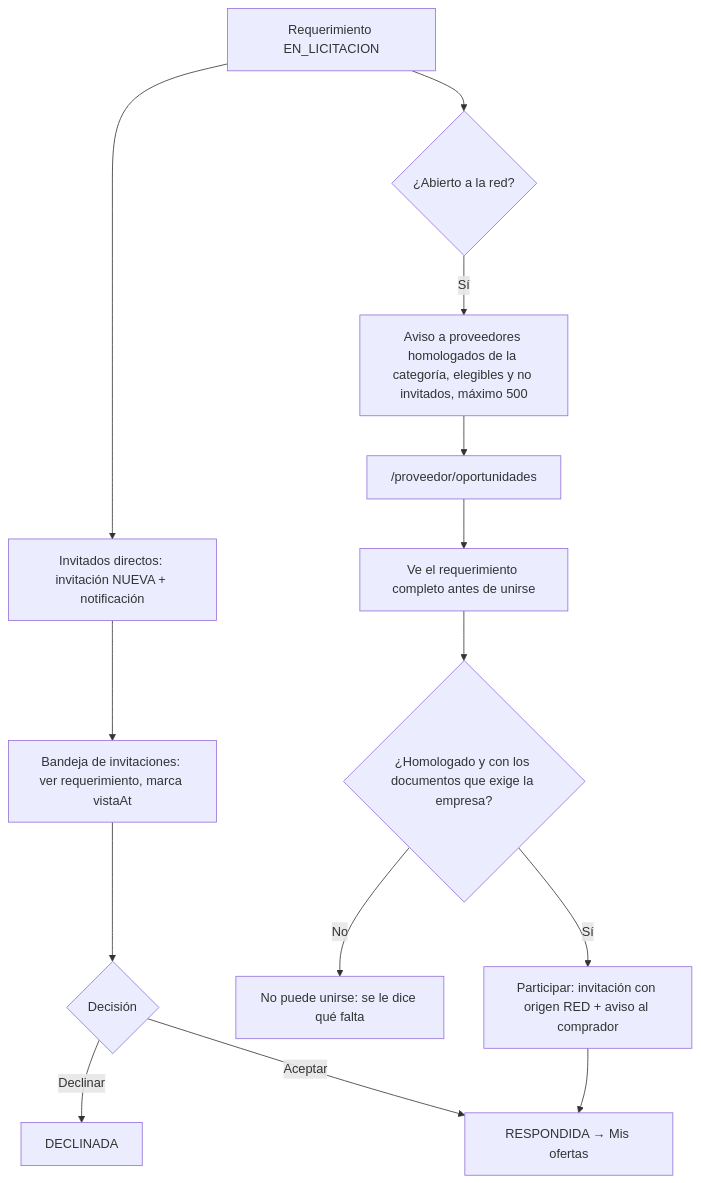
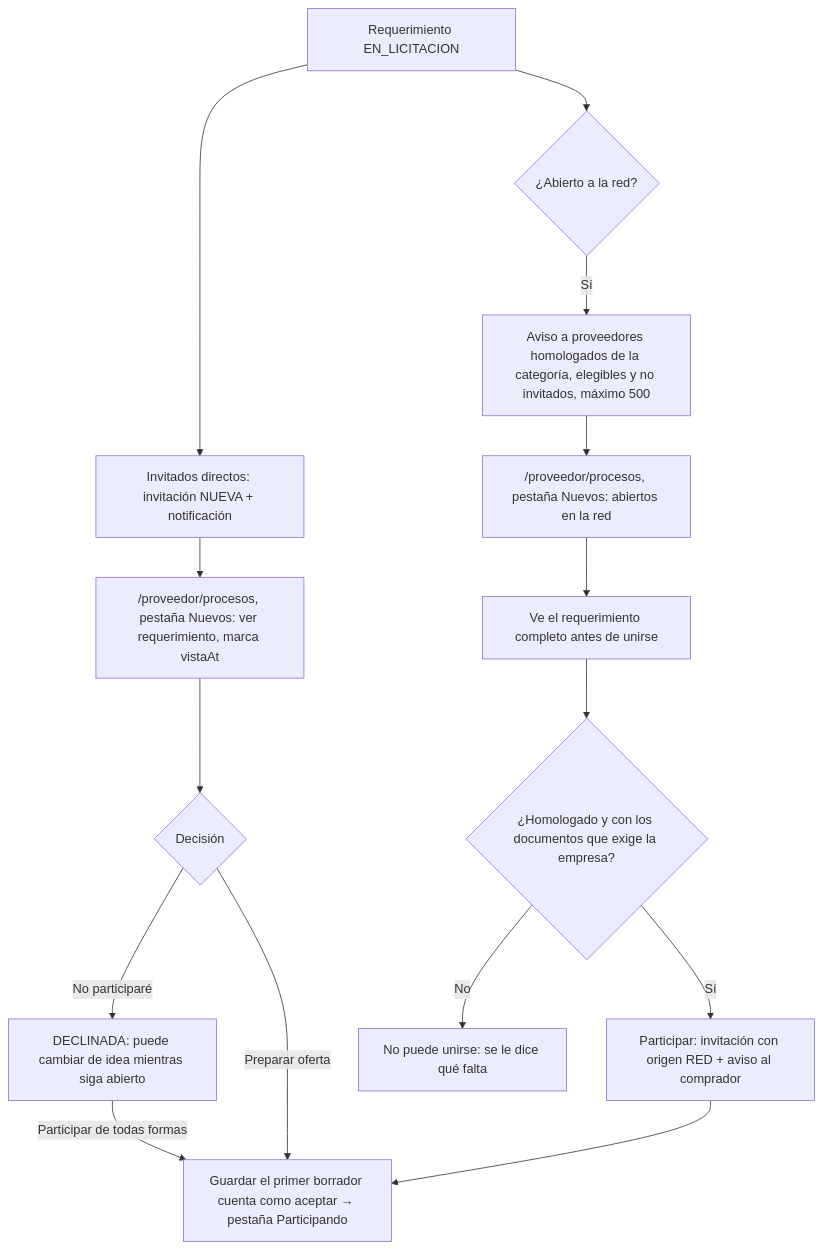
Diagram 13 of 34 in docs/DIAGRAMAS-FLUJO.md (johnalecc21/bolt_pro), drawn with Mermaid before and after one commit. The commit also changed other lines of this file and 30 other files, not shown here.

First line of the commit message:
Fusionar pantallas: una ficha por proceso de compra y una lista de procesos del proveedor

````diff
--- a/docs/DIAGRAMAS-FLUJO.md
+++ b/docs/DIAGRAMAS-FLUJO.md
@@ -338,16 +340,17 @@
 ```mermaid
 flowchart TD
     A["Requerimiento EN_LICITACION"] --> B["Invitados directos: invitación NUEVA + notificación"]
     A --> C{"¿Abierto a la red?"}
     C -->|"Sí"| D["Aviso a proveedores homologados de la categoría, elegibles y no invitados, máximo 500"]
-    D --> E["/proveedor/oportunidades"]
+    D --> E["/proveedor/procesos, pestaña Nuevos: abiertos en la red"]
     E --> F["Ve el requerimiento completo antes de unirse"]
     F --> G{"¿Homologado y con los documentos que exige la empresa?"}
     G -->|"No"| G1["No puede unirse: se le dice qué falta"]
     G -->|"Sí"| H["Participar: invitación con origen RED + aviso al comprador"]
-    B --> I["Bandeja de invitaciones: ver requerimiento, marca vistaAt"]
+    B --> I["/proveedor/procesos, pestaña Nuevos: ver requerimiento, marca vistaAt"]
     I --> J{"Decisión"}
-    J -->|"Declinar"| K["DECLINADA"]
-    J -->|"Aceptar"| L["RESPONDIDA → Mis ofertas"]
+    J -->|"No participaré"| K["DECLINADA: puede cambiar de idea mientras siga abierto"]
+    J -->|"Preparar oferta"| L["Guardar el primer borrador cuenta como aceptar → pestaña Participando"]
+    K -->|"Participar de todas formas"| L
     H --> L
 ```
````
